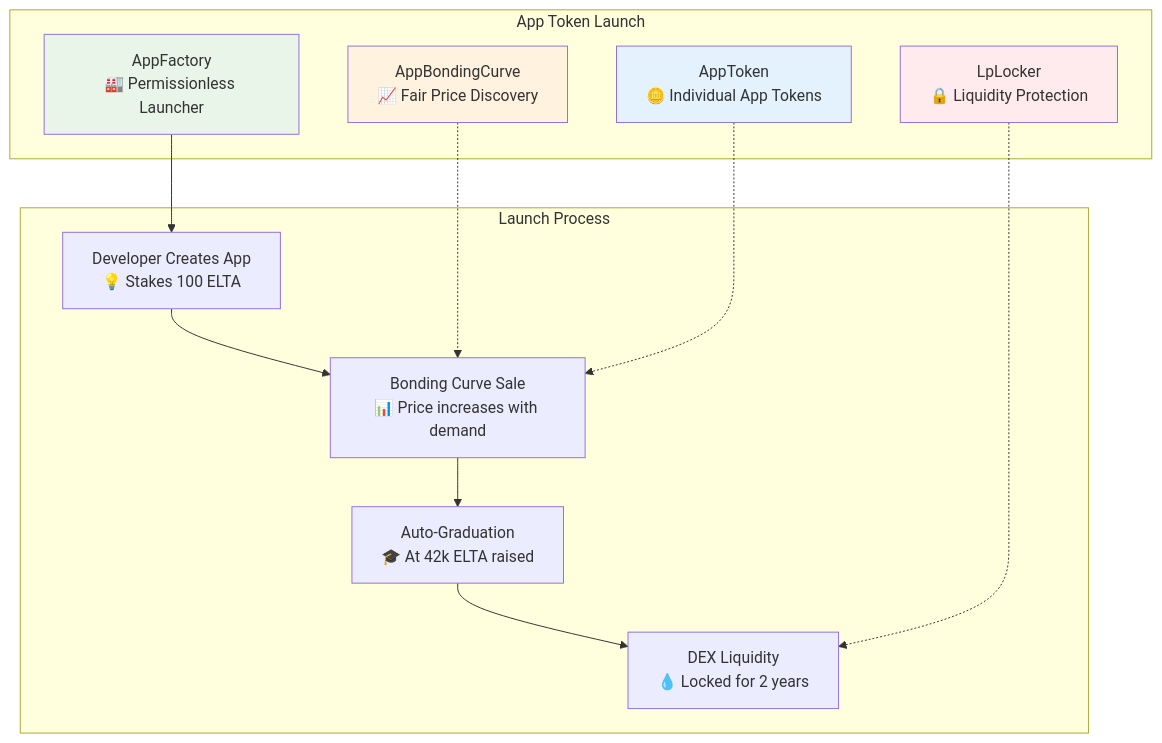
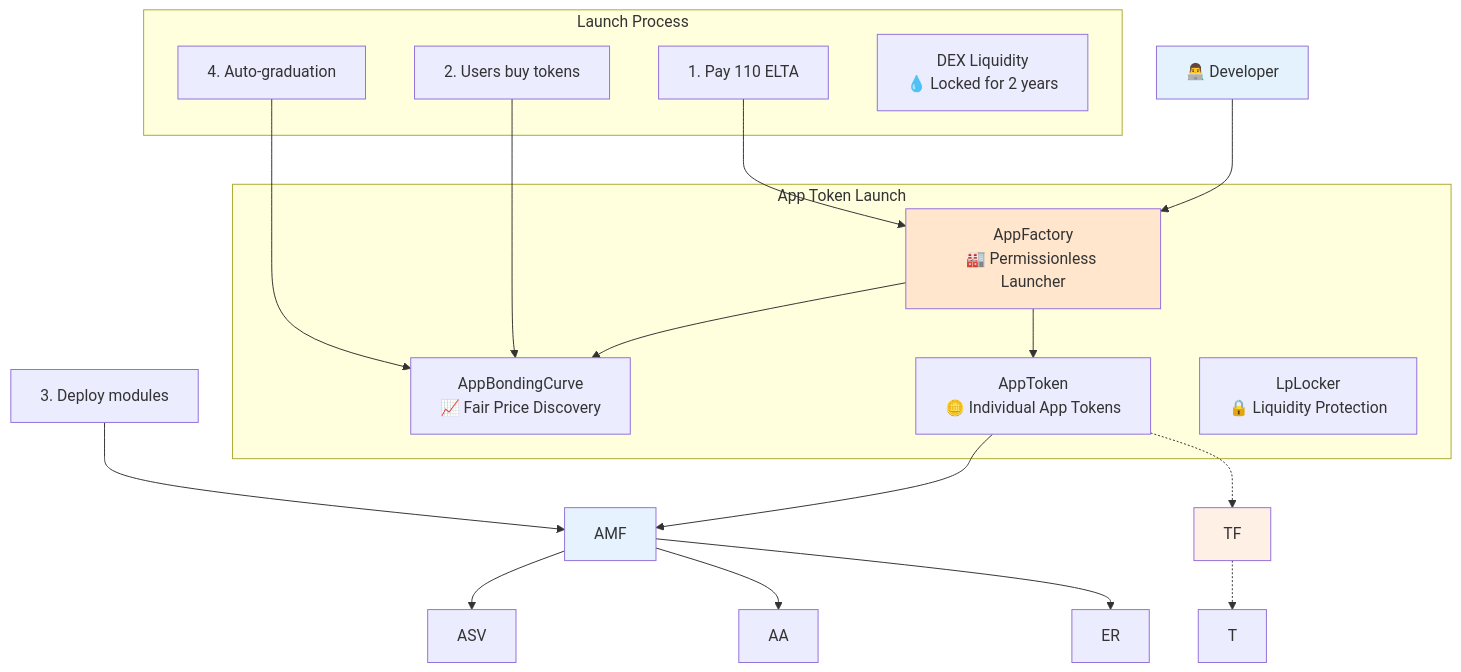
One commit to Elata-Biosciences/elata-protocol changed the fourth of 10 diagrams in README.md. Above: the diagram before and after it, drawn with Mermaid. The commit also changed other lines of this file and 10 other files, not shown here.

````diff
--- a/README.md
+++ b/README.md
@@ -160,30 +173,36 @@
 ```mermaid
 graph TD
     subgraph "App Token Launch"
         AF[AppFactory<br/>🏭 Permissionless Launcher]
         ABC[AppBondingCurve<br/>📈 Fair Price Discovery]
         AT[AppToken<br/>🪙 Individual App Tokens]
         LL[LpLocker<br/>🔒 Liquidity Protection]
     end
     
     subgraph "Launch Process"
         CREATE[Developer Creates App<br/>💡 Stakes 100 ELTA]
         CURVE[Bonding Curve Sale<br/>📊 Price increases with demand]
         GRADUATE[Auto-Graduation<br/>🎓 At 42k ELTA raised]
         LIQUIDITY[DEX Liquidity<br/>💧 Locked for 2 years]
     end
     
-    AF --> CREATE
-    CREATE --> CURVE
-    CURVE --> GRADUATE
-    GRADUATE --> LIQUIDITY
+    Developer[👨‍💻 Developer] --> AF
+    AF --> AT
+    AF --> ABC
+    AT --> AMF
+    AMF --> ASV
+    AMF --> AA
+    AMF --> ER
+    AT -.-> TF
+    TF -.-> T
     
-    ABC -.-> CURVE
-    AT -.-> CURVE
-    LL -.-> LIQUIDITY
+    CREATE[1. Pay 110 ELTA] --> AF
+    CURVE[2. Users buy tokens] --> ABC
+    MODULES[3. Deploy modules] --> AMF
+    GRADUATE[4. Auto-graduation] --> ABC
     
-    style AF fill:#e8f5e8
-    style ABC fill:#fff3e0
-    style AT fill:#e3f2fd
-    style LL fill:#ffebee
+    style Developer fill:#e3f2fd
+    style AF fill:#ffe6cc
+    style AMF fill:#e6f3ff
+    style TF fill:#fff0e6
 ```
````
